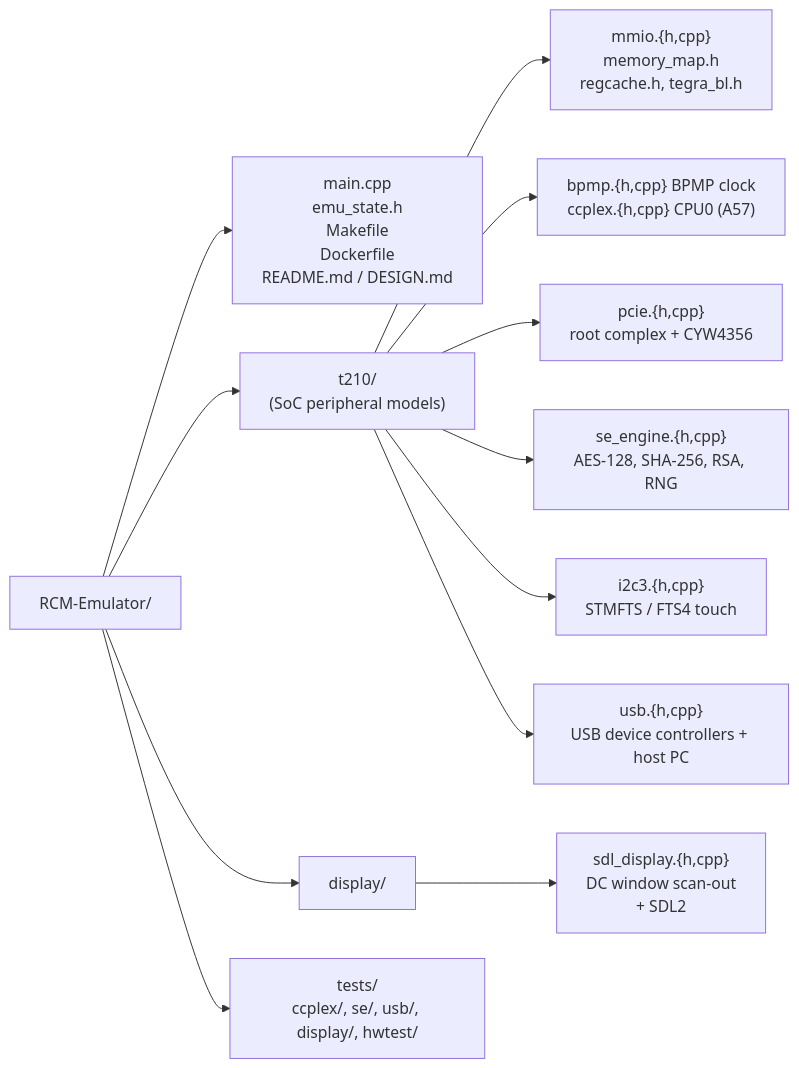
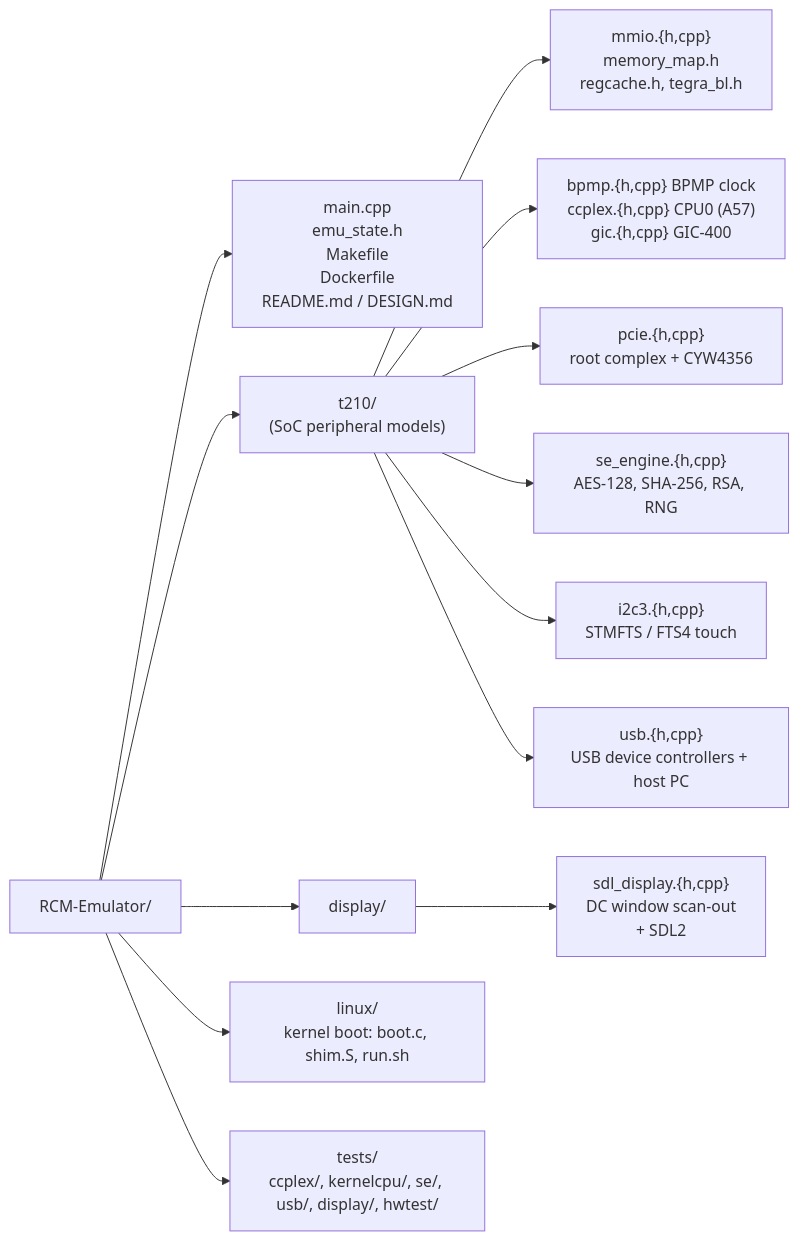
Before and after one commit to Creased/RCM-Emulator: the diagram in README.md, drawn with Mermaid. The commit also changed other lines of this file and 20 other files, not shown here.

Commit message:
Boot Linux on CPU0

````diff
--- a/README.md
+++ b/README.md
@@ -331,17 +374,18 @@
 ```mermaid
 flowchart LR
     root["RCM-Emulator/"]
     root --> top["main.cpp<br/>emu_state.h<br/>Makefile<br/>Dockerfile<br/>README.md / DESIGN.md"]
     root --> t210["t210/<br/>(SoC peripheral models)"]
     root --> display["display/"]
-    root --> tests["tests/<br/>ccplex/, se/, usb/, display/, hwtest/"]
+    root --> linux["linux/<br/>kernel boot: boot.c, shim.S, run.sh"]
+    root --> tests["tests/<br/>ccplex/, kernelcpu/, se/, usb/, display/, hwtest/"]
 
     t210 --> mmio["mmio.{h,cpp}<br/>memory_map.h<br/>regcache.h, tegra_bl.h"]
-    t210 --> cpus["bpmp.{h,cpp} BPMP clock<br/>ccplex.{h,cpp} CPU0 (A57)"]
+    t210 --> cpus["bpmp.{h,cpp} BPMP clock<br/>ccplex.{h,cpp} CPU0 (A57)<br/>gic.{h,cpp} GIC-400"]
     t210 --> pcie["pcie.{h,cpp}<br/>root complex + CYW4356"]
     t210 --> se["se_engine.{h,cpp}<br/>AES-128, SHA-256, RSA, RNG"]
     t210 --> i2c["i2c3.{h,cpp}<br/>STMFTS / FTS4 touch"]
     t210 --> usb["usb.{h,cpp}<br/>USB device controllers + host PC"]
 
     display --> sdl["sdl_display.{h,cpp}<br/>DC window scan-out<br/>+ SDL2"]
 ```
````
